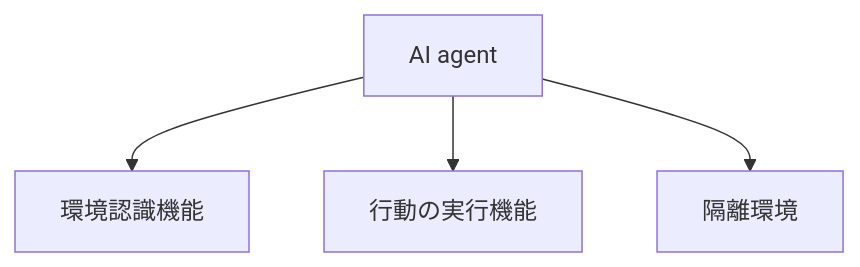
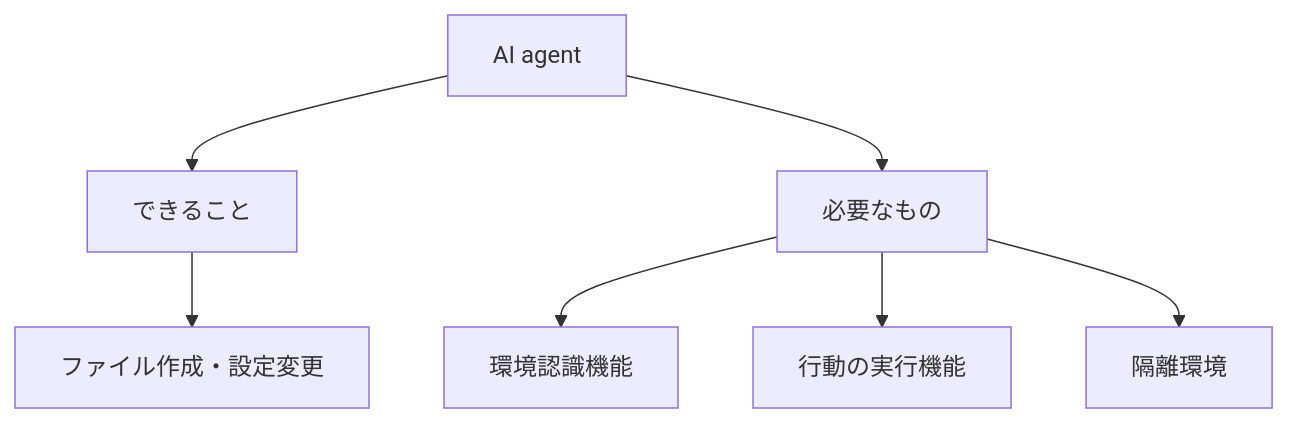
Before and after one commit to SparklingDetergent/doc_genai_Proposal_for_introducing_generative_AI_with_emphasis_on_safety: diagram 12 of 13 in README.md, drawn with Mermaid. The commit also changed other lines of this file, not shown here.

````diff
--- a/README.md
+++ b/README.md
@@ -385,6 +497,9 @@
 ```mermaid
-graph TD;
-    A[AI agent] --> B[環境認識機能];
-    A --> C[行動の実行機能];
-    A --> D[隔離環境];
+graph TD
+    A[AI agent] --> B[できること]
+    B --> C[ファイル作成・設定変更]
+    A --> D[必要なもの]
+    D --> E[環境認識機能]
+    D --> F[行動の実行機能]
+    D --> G[隔離環境]
 ```
````
